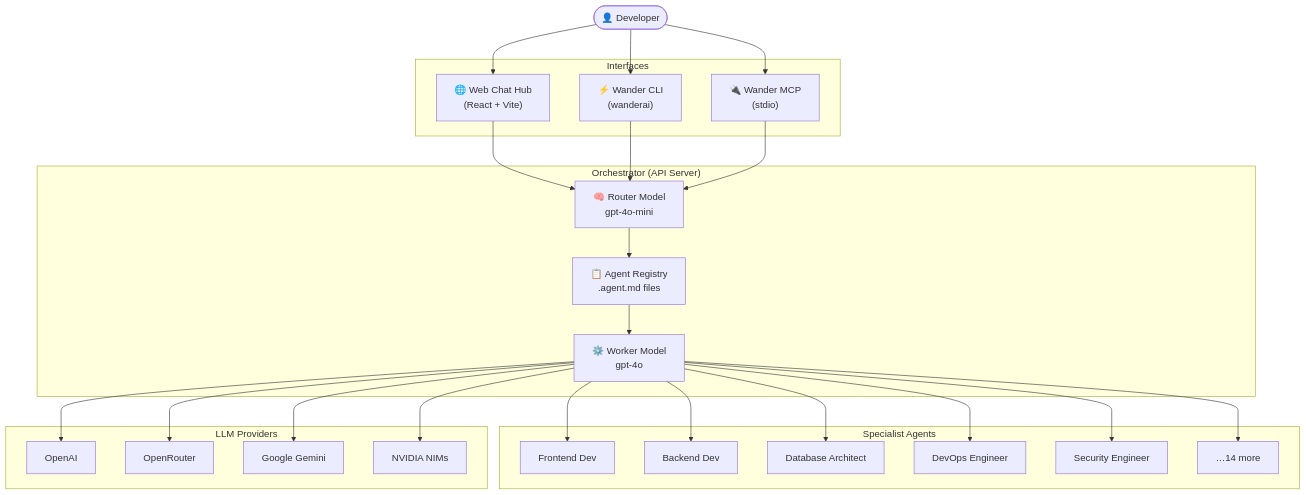
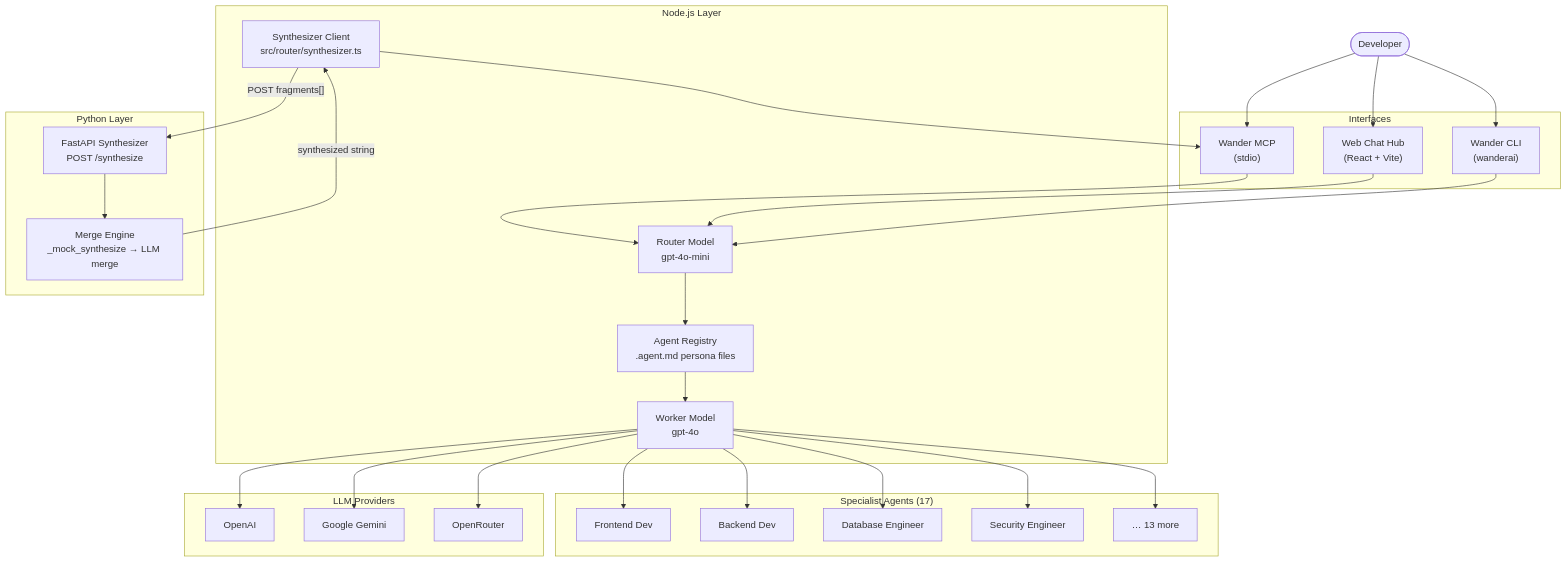
Before and after one commit to wandertechuniverse/WanderAIAutoDevConfig: the diagram in README.md, drawn with Mermaid. The commit also changed other lines of this file, not shown here.

First line of the commit message:
Update project documentation to explain new enterprise architecture

````diff
--- a/README.md
+++ b/README.md
@@ -61,39 +70,48 @@
 ```mermaid
 flowchart TD
-    User(["👤 Developer"])
+    User(["Developer"])
 
     subgraph Interfaces["Interfaces"]
-        WebUI["🌐 Web Chat Hub\n(React + Vite)"]
-        CLI["⚡ Wander CLI\n(wanderai)"]
-        MCP["🔌 Wander MCP\n(stdio)"]
+        WebUI["Web Chat Hub\n(React + Vite)"]
+        CLI["Wander CLI\n(wanderai)"]
+        MCP["Wander MCP\n(stdio)"]
     end
 
-    subgraph Orchestrator["Orchestrator (API Server)"]
-        Router["🧠 Router Model\ngpt-4o-mini"]
-        Registry["📋 Agent Registry\n.agent.md files"]
-        Worker["⚙️ Worker Model\ngpt-4o"]
+    subgraph NodeLayer["Node.js Layer"]
+        Router["Router Model\ngpt-4o-mini"]
+        Registry["Agent Registry\n.agent.md persona files"]
+        Worker["Worker Model\ngpt-4o"]
+        SynthClient["Synthesizer Client\nsrc/router/synthesizer.ts"]
     end
 
-    subgraph Agents["Specialist Agents"]
+    subgraph PythonLayer["Python Layer"]
+        FastAPI["FastAPI Synthesizer\nPOST /synthesize"]
+        MergeEngine["Merge Engine\n_mock_synthesize → LLM merge"]
+    end
+
+    subgraph Agents["Specialist Agents (17)"]
         FE["Frontend Dev"]
         BE["Backend Dev"]
-        DBA["Database Architect"]
-        DevOps["DevOps Engineer"]
+        DBA["Database Engineer"]
         Sec["Security Engineer"]
-        Etc["…14 more"]
+        Etc["… 13 more"]
     end
 
     subgraph Providers["LLM Providers"]
         OpenAI["OpenAI"]
+        Gemini["Google Gemini"]
         OpenRouter["OpenRouter"]
-        Gemini["Google Gemini"]
-        NVIDIA["NVIDIA NIMs"]
     end
 
     User --> WebUI & CLI & MCP
-    WebUI & CLI & MCP --> Router
-    Router --> Registry
-    Registry --> Worker
-    Worker --> FE & BE & DBA & DevOps & Sec & Etc
-    Worker --> OpenAI & OpenRouter & Gemini & NVIDIA
+    MCP --> Router
+    Router --> Registry --> Worker
+    Worker --> FE & BE & DBA & Sec & Etc
+    Worker --> OpenAI & Gemini & OpenRouter
+    SynthClient -->|"POST fragments[]"| FastAPI
+    FastAPI --> MergeEngine
+    MergeEngine -->|"synthesized string"| SynthClient
+    SynthClient --> MCP
+    WebUI --> Router
+    CLI --> Router
 ```
````
